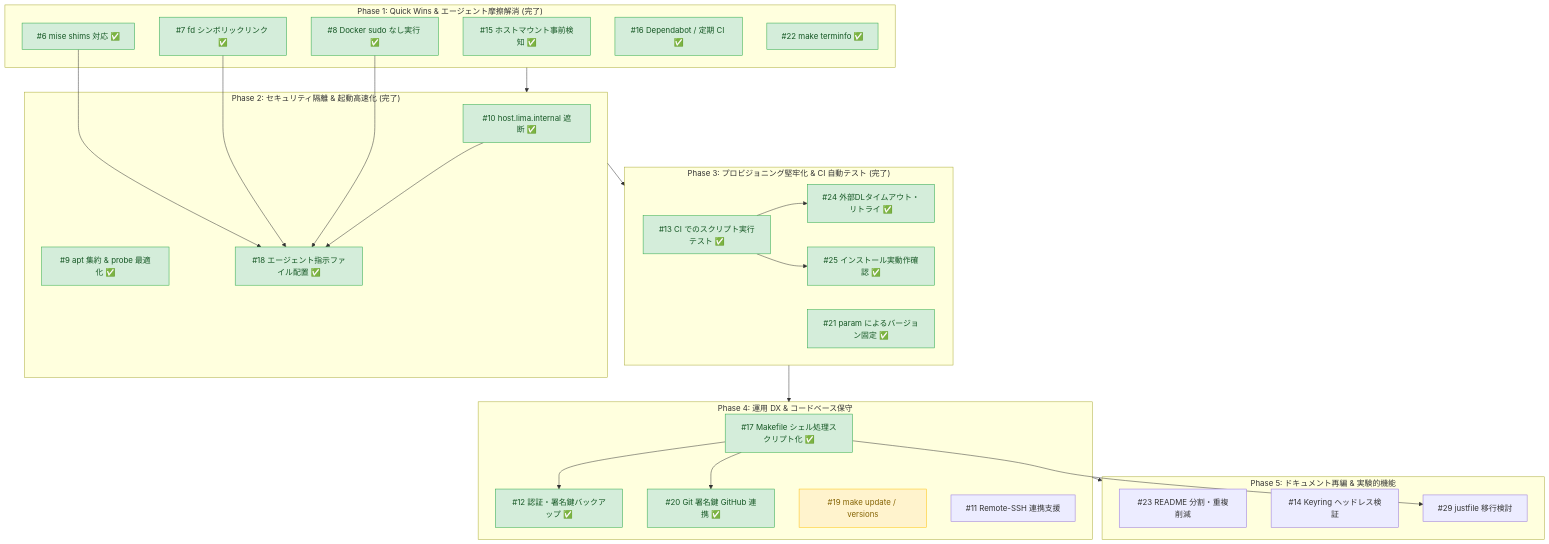
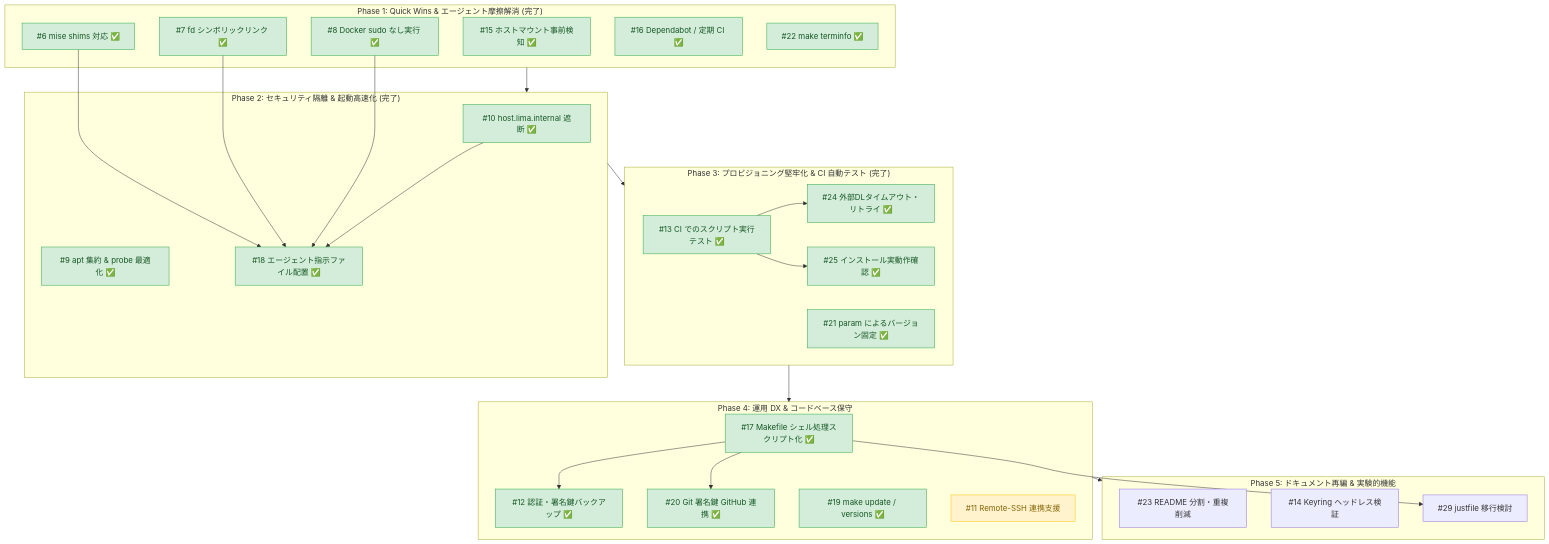
One commit to ikuy1203/lima-coding-sandbox changed the diagram in docs/issue-prioritization.md. Above: the diagram before and after it, drawn with Mermaid. The commit also changed other lines of this file and 5 other files, not shown here.

First line of the commit message:
feat(make): add make update and make versions targets (#19)

````diff
--- a/docs/issue-prioritization.md
+++ b/docs/issue-prioritization.md
@@ -94,57 +94,57 @@
 ```mermaid
 flowchart TD
     subgraph Phase1["Phase 1: Quick Wins & エージェント摩擦解消 (完了)"]
         I15["#15 ホストマウント事前検知 ✅"]
         I7["#7 fd シンボリックリンク ✅"]
         I8["#8 Docker sudo なし実行 ✅"]
         I6["#6 mise shims 対応 ✅"]
         I16["#16 Dependabot / 定期 CI ✅"]
         I22["#22 make terminfo ✅"]
     end
 
     subgraph Phase2["Phase 2: セキュリティ隔離 & 起動高速化 (完了)"]
         I10["#10 host.lima.internal 遮断 ✅"]
         I9["#9 apt 集約 & probe 最適化 ✅"]
         I18["#18 エージェント指示ファイル配置 ✅"]
     end
 
     subgraph Phase3["Phase 3: プロビジョニング堅牢化 & CI 自動テスト (完了)"]
         I13["#13 CI でのスクリプト実行テスト ✅"]
         I24["#24 外部DLタイムアウト・リトライ ✅"]
         I25["#25 インストール実動作確認 ✅"]
         I21["#21 param によるバージョン固定 ✅"]
     end
 
     subgraph Phase4["Phase 4: 運用 DX & コードベース保守"]
         I17["#17 Makefile シェル処理スクリプト化 ✅"]
         I12["#12 認証・署名鍵バックアップ ✅"]
         I20["#20 Git 署名鍵 GitHub 連携 ✅"]
-        I19["#19 make update / versions"]
+        I19["#19 make update / versions ✅"]
         I11["#11 Remote-SSH 連携支援"]
     end
 
     subgraph Phase5["Phase 5: ドキュメント再編 & 実験的機能"]
         I23["#23 README 分割・重複削減"]
         I14["#14 Keyring ヘッドレス検証"]
         I29["#29 justfile 移行検討"]
     end
 
     Phase1 --> Phase2
     Phase2 --> Phase3
     Phase3 --> Phase4
     Phase4 --> Phase5
     I6 --> I18
     I7 --> I18
     I8 --> I18
     I10 --> I18
     I13 --> I24
     I13 --> I25
     I17 --> I12
     I17 --> I20
     I17 --> I29
 
     classDef done fill:#d4edda,stroke:#28a745,color:#155724
     classDef next fill:#fff3cd,stroke:#ffc107,color:#856404
-    class I15,I7,I8,I6,I16,I22,I10,I9,I18,I13,I24,I25,I21,I17,I12,I20 done
-    class I19 next
+    class I15,I7,I8,I6,I16,I22,I10,I9,I18,I13,I24,I25,I21,I17,I12,I20,I19 done
+    class I11 next
 ```
````
